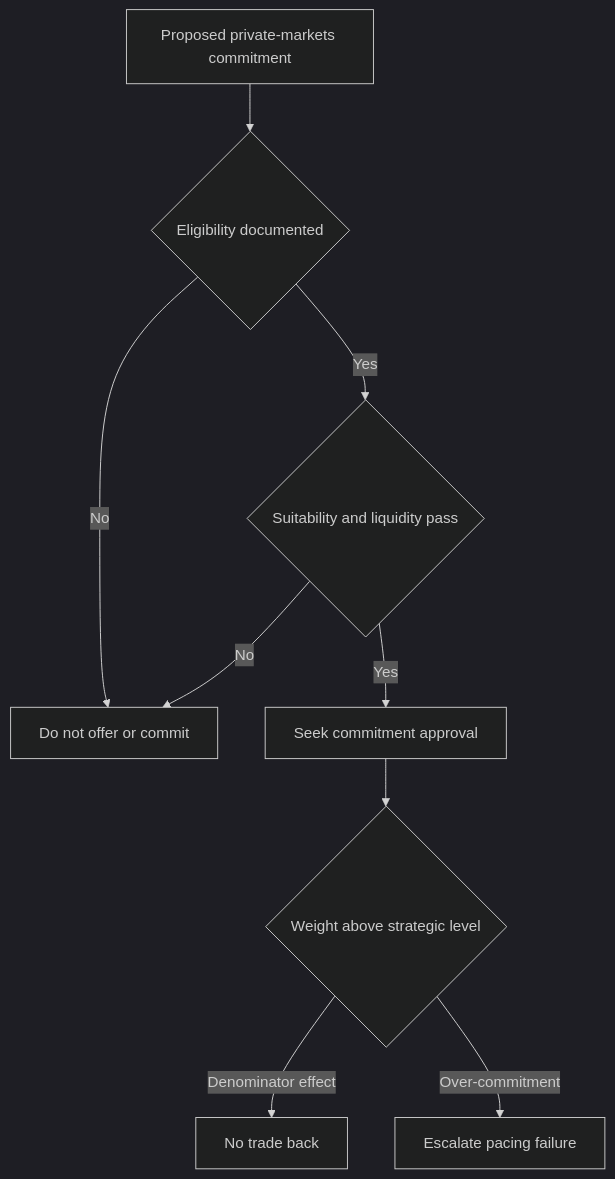
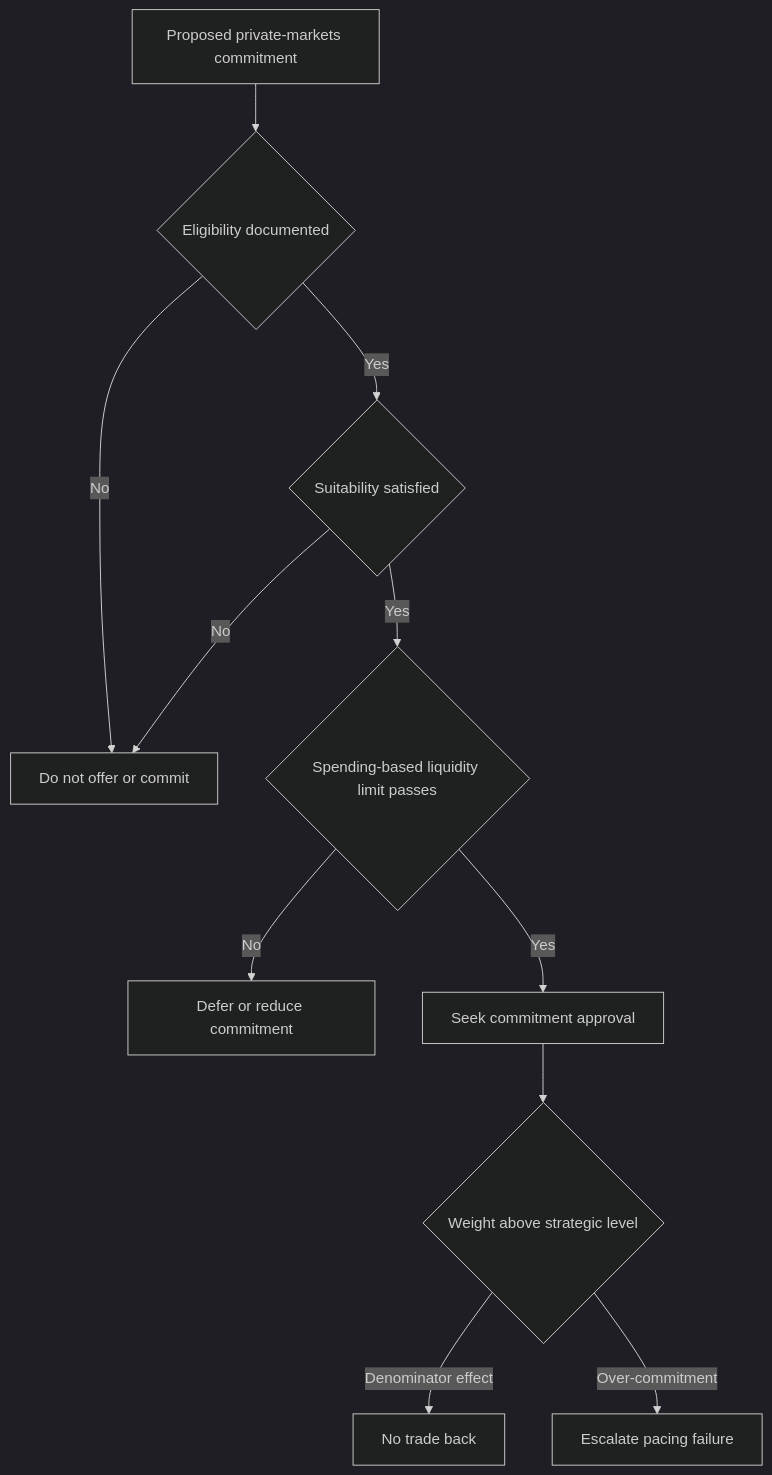
The diagram in openwiki/research/multi-asset/private-markets.md (xuro-langchain/wealth-research-corpus), drawn with Mermaid (dark theme) before and after one commit. The commit also changed other lines of this file and 27 other files, not shown here.

````diff
--- a/openwiki/research/multi-asset/private-markets.md
+++ b/openwiki/research/multi-asset/private-markets.md
@@ -45,11 +55,13 @@
 ```mermaid
 flowchart TD
-    Proposal["Proposed private-markets commitment"] --> Eligibility{"Eligibility documented"}
-    Eligibility -- "No" --> Stop["Do not offer or commit"]
-    Eligibility -- "Yes" --> Suitability{"Suitability and liquidity pass"}
-    Suitability -- "No" --> Stop
-    Suitability -- "Yes" --> Approval["Seek commitment approval"]
-    Approval --> Monitor{"Weight above strategic level"}
+    Proposal["Proposed private-markets commitment"] --> Eligible{"Eligibility documented"}
+    Eligible -- "No" --> Stop["Do not offer or commit"]
+    Eligible -- "Yes" --> Suitable{"Suitability satisfied"}
+    Suitable -- "No" --> Stop
+    Suitable -- "Yes" --> Liquid{"Spending-based liquidity limit passes"}
+    Liquid -- "No" --> Pace["Defer or reduce commitment"]
+    Liquid -- "Yes" --> Approve["Seek commitment approval"]
+    Approve --> Monitor{"Weight above strategic level"}
     Monitor -- "Denominator effect" --> Hold["No trade back"]
     Monitor -- "Over-commitment" --> Escalate["Escalate pacing failure"]
 ```
````
